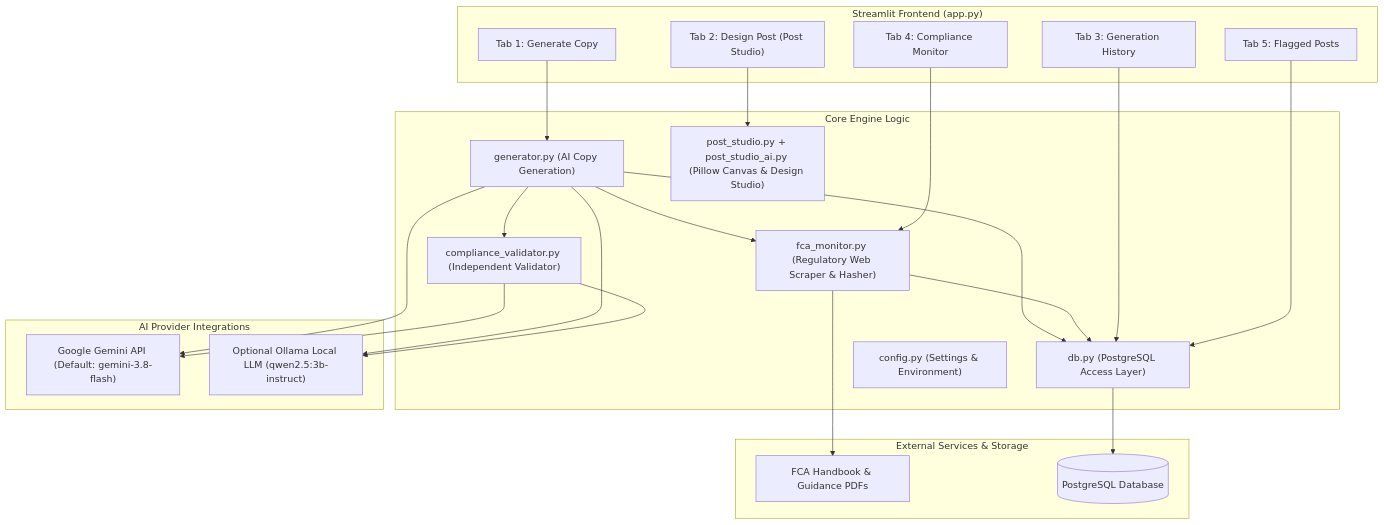
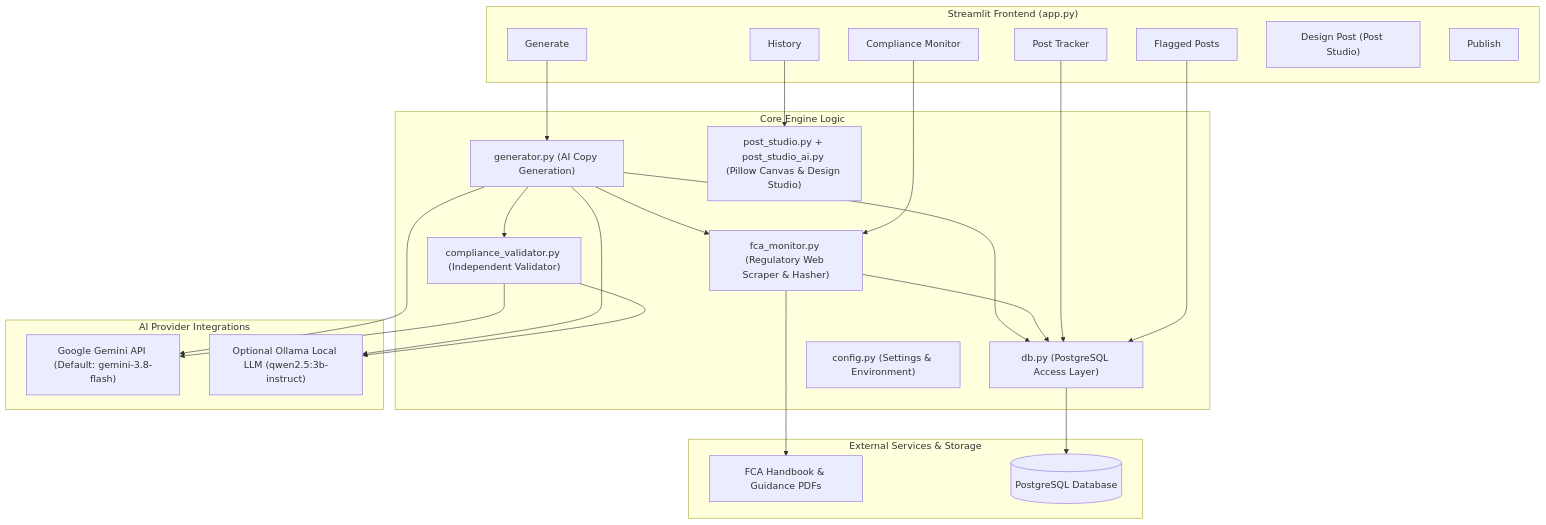
The first of 2 diagrams in fca_marketing_app_documentation.md (Humzah-kiani/fca_marketing_app), drawn with Mermaid before and after one commit. The commit also changed other lines of this file and 3 other files, not shown here.

Commit message:
Add generated post tracker

````diff
--- a/fca_marketing_app_documentation.md
+++ b/fca_marketing_app_documentation.md
@@ -18,48 +18,50 @@
 ```mermaid
 flowchart TD
     subgraph UI ["Streamlit Frontend (app.py)"]
-        T1["Tab 1: Generate Copy"]
-        T2["Tab 2: Design Post (Post Studio)"]
-        T3["Tab 3: Generation History"]
-        T4["Tab 4: Compliance Monitor"]
-        T5["Tab 5: Flagged Posts"]
+        T1["Generate"]
+        T2["History"]
+        T3["Post Tracker"]
+        T4["Compliance Monitor"]
+        T5["Flagged Posts"]
+        T6["Design Post (Post Studio)"]
+        T7["Publish"]
     end
 
     subgraph Core ["Core Engine Logic"]
         GEN["generator.py (AI Copy Generation)"]
         VAL["compliance_validator.py (Independent Validator)"]
         MON["fca_monitor.py (Regulatory Web Scraper & Hasher)"]
         PS["post_studio.py + post_studio_ai.py (Pillow Canvas & Design Studio)"]
         DB["db.py (PostgreSQL Access Layer)"]
         CFG["config.py (Settings & Environment)"]
     end
 
     subgraph AI ["AI Provider Integrations"]
         GEM["Google Gemini API (Default: gemini-3.8-flash)"]
         OLL["Optional Ollama Local LLM (qwen2.5:3b-instruct)"]
     end
 
     subgraph External ["External Services & Storage"]
         FCA_WEB["FCA Handbook & Guidance PDFs"]
         PG_DB[("PostgreSQL Database")]
     end
 
     T1 --> GEN
     GEN --> MON
     GEN --> GEM
     GEN --> OLL
     GEN --> VAL
     VAL --> GEM
     VAL --> OLL
     GEN --> DB
     
     T2 --> PS
     
     T4 --> MON
     MON --> FCA_WEB
     MON --> DB
     
     T3 --> DB
     T5 --> DB
     DB --> PG_DB
 ```
````
